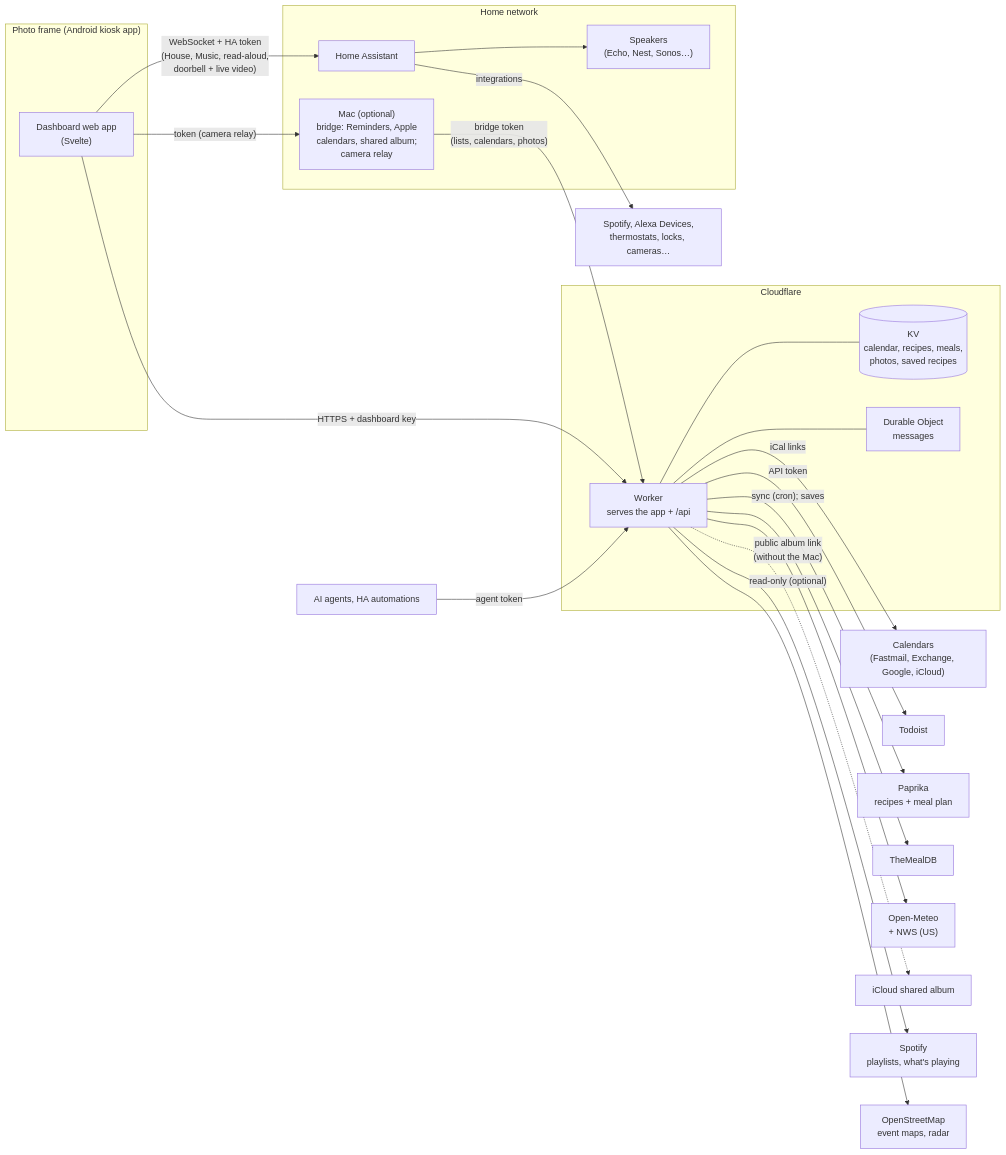
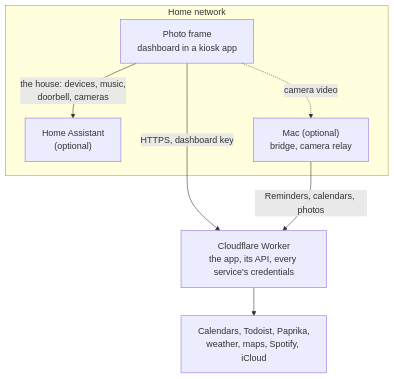
The diagram in README.md (thnk2wn/kitchen-frame), drawn with Mermaid before and after one commit. The commit also changed other lines of this file and 22 other files, not shown here.

First line of the commit message:
Docs: say what each piece needs and when; component READMEs; architecture; security

````diff
--- a/README.md
+++ b/README.md
@@ -88,37 +88,15 @@
 ```mermaid
-flowchart LR
-  subgraph frame["Photo frame (Android kiosk app)"]
-    app["Dashboard web app<br/>(Svelte)"]
+flowchart TB
+  subgraph home["Home network"]
+    frame["Photo frame<br/>dashboard in a kiosk app"]
+    ha["Home Assistant<br/>(optional)"]
+    mac["Mac (optional)<br/>bridge, camera relay"]
   end
-
-  subgraph cf["Cloudflare"]
-    worker["Worker<br/>serves the app + /api"]
-    kv[("KV<br/>calendar, recipes, meals,<br/>photos, saved recipes")]
-    room["Durable Object<br/>messages"]
-    worker --- kv
-    worker --- room
-  end
-
-  subgraph home["Home network"]
-    ha["Home Assistant"]
-    speakers["Speakers<br/>(Echo, Nest, Sonos…)"]
-    ha --> speakers
-    mac["Mac (optional)<br/>bridge: Reminders, Apple<br/>calendars, shared album;<br/>camera relay"]
-  end
-  mac -- "bridge token<br/>(lists, calendars, photos)" --> worker
-  app -- "token (camera relay)" --> mac
-
-  app -- "HTTPS + dashboard key" --> worker
-  app -- "WebSocket + HA token<br/>(House, Music, read-aloud,<br/>doorbell + live video)" --> ha
-
-  worker -- iCal links --> cal["Calendars<br/>(Fastmail, Exchange, Google, iCloud)"]
-  worker -- API token --> todoist["Todoist"]
-  worker -- "sync (cron); saves" --> paprika["Paprika<br/>recipes + meal plan"]
-  worker --> mealdb["TheMealDB"]
-  worker --> weather["Open-Meteo<br/>+ NWS (US)"]
-  worker -. "public album link<br/>(without the Mac)" .-> icloud["iCloud shared album"]
-  worker -- "read-only (optional)" --> spotifyapi["Spotify<br/>playlists, what's playing"]
-  worker --> osm["OpenStreetMap<br/>event maps, radar"]
-  ha -- integrations --> spotify["Spotify, Alexa Devices,<br/>thermostats, locks, cameras…"]
-  agents["AI agents, HA automations"] -- "agent token" --> worker
+  worker["Cloudflare Worker<br/>the app, its API, every service's credentials"]
+  services["Calendars, Todoist, Paprika,<br/>weather, maps, Spotify, iCloud"]
+  frame -- "HTTPS, dashboard key" --> worker
+  worker --> services
+  frame -- "the house: devices, music,<br/>doorbell, cameras" --> ha
+  mac -- "Reminders, calendars, photos" --> worker
+  frame -. "camera video" .-> mac
 ```
````
